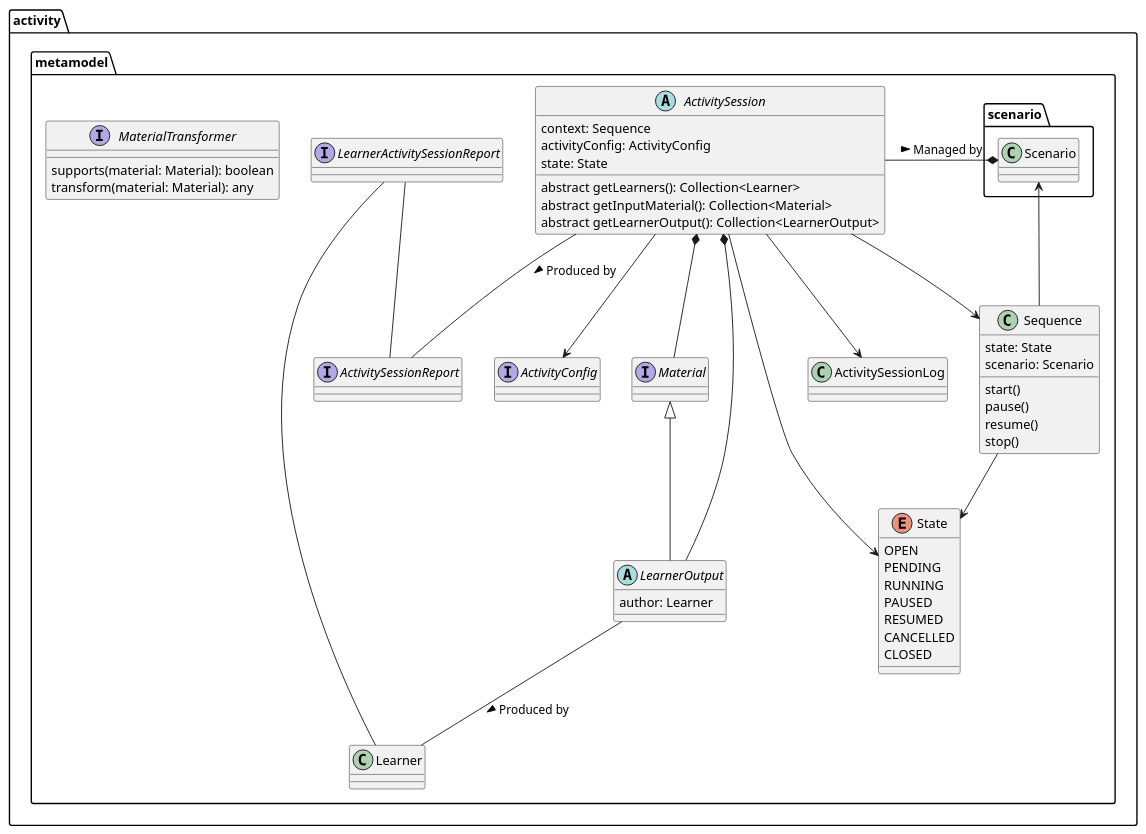
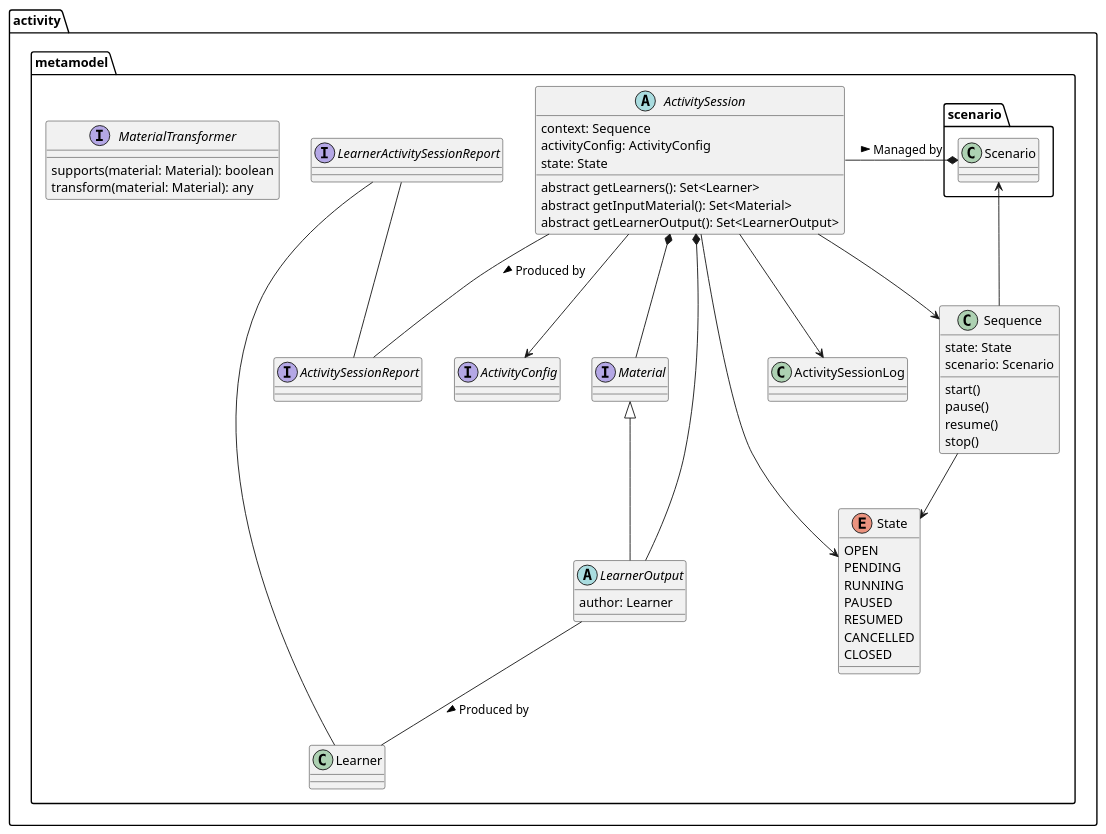
Before and after one commit to elaastic/ElaastiX: the diagram in docs/technical/uml/activity-metamodel.puml, drawn with PlantUML. The commit also changed 4 other files, not shown here.

Commit message:
doc(model): Use Set instead of Collection when unicity matters

```diff
--- a/docs/technical/uml/activity-metamodel.puml
+++ b/docs/technical/uml/activity-metamodel.puml
@@ -1,70 +1,70 @@
 @startuml
 'https://plantuml.com/class-diagram
 
 package activity.metamodel {
     class  Sequence {
         state: State
         scenario: Scenario
         start()
         pause()
         resume()
         stop()
     }
 
     enum State {
         OPEN
         PENDING
         RUNNING
         PAUSED
         RESUMED
         CANCELLED
         CLOSED
     }
 
     Sequence --> State
     Sequence --> scenario.Scenario
 
     Scenario *- ActivitySession : Managed by <
 
     abstract class ActivitySession {
         context: Sequence
         activityConfig: ActivityConfig
         state: State
-        abstract getLearners(): Collection<Learner>
-        abstract getInputMaterial(): Collection<Material>
-        abstract getLearnerOutput(): Collection<LearnerOutput>
+        abstract getLearners(): Set<Learner>
+        abstract getInputMaterial(): Set<Material>
+        abstract getLearnerOutput(): Set<LearnerOutput>
     }
 
     class ActivitySessionLog
 
     ActivitySession --> Sequence
     ActivitySession -- ActivitySessionReport : Produced by >
     ActivitySession --> State
     ActivitySession --> ActivitySessionLog
     ActivitySession --> ActivityConfig
     ActivitySession *-- LearnerOutput
     ActivitySession *-- Material
 
     interface ActivitySessionReport
     interface LearnerActivitySessionReport
 
     LearnerActivitySessionReport -- Learner
     LearnerActivitySessionReport -- ActivitySessionReport
 
     interface ActivityConfig
 
     interface Material
 
     abstract class LearnerOutput extends Material {
         author: Learner
     }
 
     LearnerOutput -- Learner : Produced by >
 
     interface MaterialTransformer {
         supports(material: Material): boolean
         transform(material: Material): any
     }
 
 }
 @enduml
```
